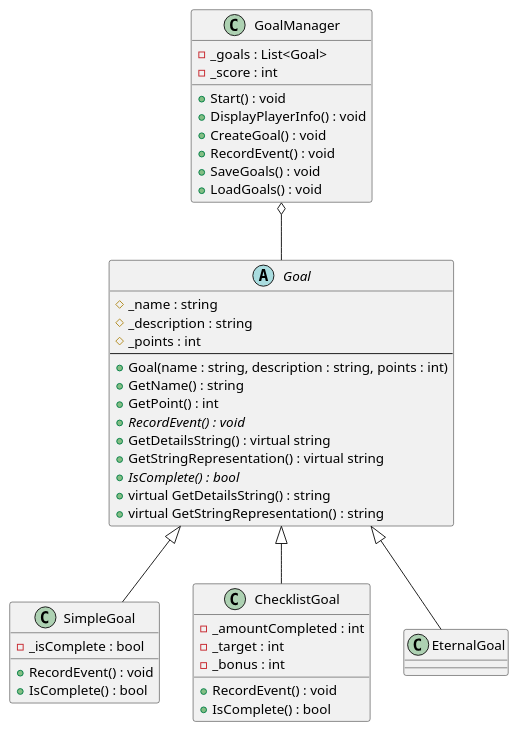
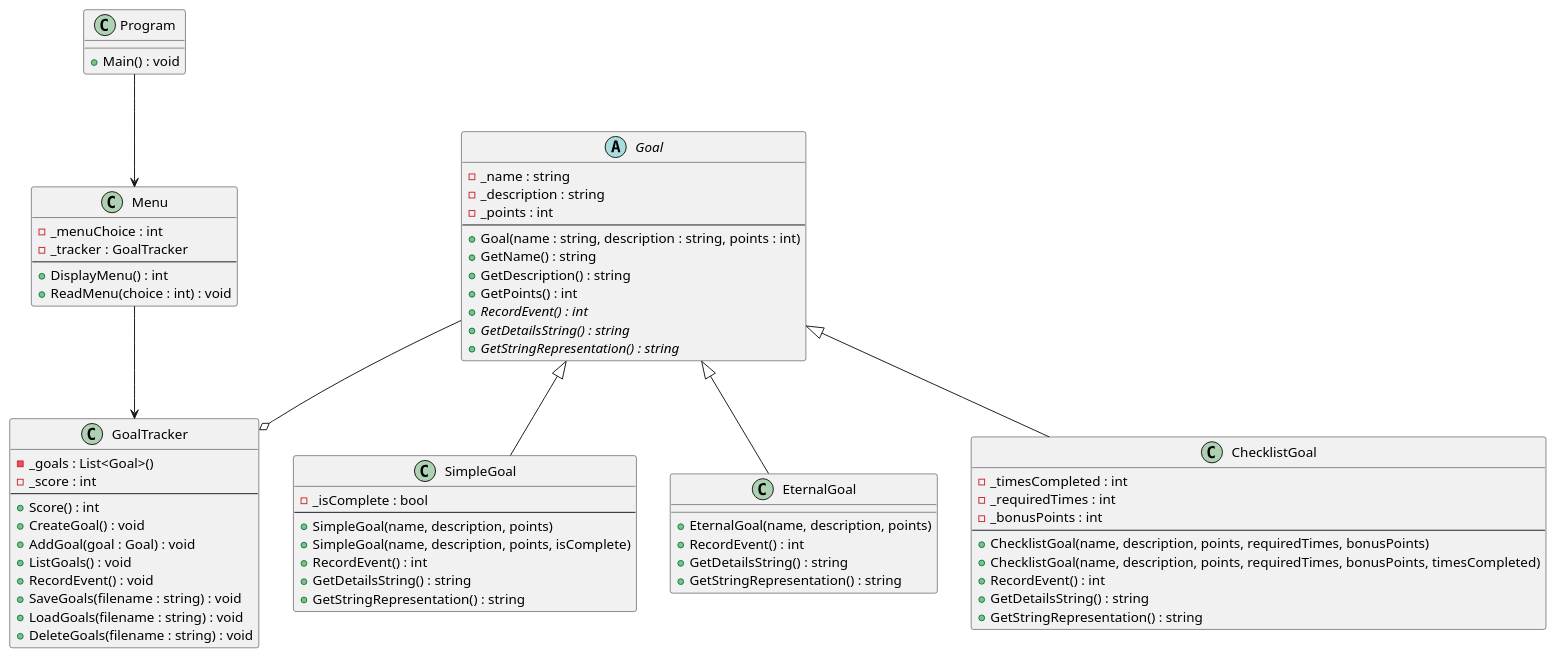
One commit to automotopia2/cse21---projects changed the diagram in prove/Develop05/D05_UML.puml. Above: the diagram before and after it, drawn with PlantUML. The commit also changed 1 other file, not shown here.

```diff
--- a/prove/Develop05/D05_UML.puml
+++ b/prove/Develop05/D05_UML.puml
@@ -1,47 +1,81 @@
 @startuml
+
+
+class Program 
+{
+  + Main() : void
+}
+
+class Menu 
+{
+    -_menuChoice : int
+    –_tracker : GoalTracker
+    --
+    + DisplayMenu() : int
+    + ReadMenu(choice : int) : void
+}
+
 abstract class Goal {
-  # _name : string
-  # _description : string
-  # _points : int
-  --
-  + Goal(name : string, description : string, points : int)
-  + GetName() : string
-  + GetPoint() : int
-  + {abstract} RecordEvent() : void
-  + GetDetailsString() : virtual string
-  + GetStringRepresentation() : virtual string
-  + {abstract} IsComplete() : bool
-  + virtual GetDetailsString() : string
-  + virtual GetStringRepresentation() : string
+    - _name : string
+    - _description : string
+    - _points : int
+    --
+    + Goal(name : string, description : string, points : int)
+    + GetName() : string
+    + GetDescription() : string
+    + GetPoints() : int
+    + {abstract} RecordEvent() : int
+    + {abstract} GetDetailsString() : string
+    + {abstract} GetStringRepresentation() : string
 }
 
 class SimpleGoal {
-  - _isComplete : bool
-  + RecordEvent() : void
-  + IsComplete() : bool
+    - _isComplete : bool
+    --
+    + SimpleGoal(name, description, points)
+    + SimpleGoal(name, description, points, isComplete)
+    + RecordEvent() : int
+    + GetDetailsString() : string
+    + GetStringRepresentation() : string
+}
+
+class EternalGoal {
+    + EternalGoal(name, description, points)
+    + RecordEvent() : int
+    + GetDetailsString() : string
+    + GetStringRepresentation() : string
 }
 
 class ChecklistGoal {
-  - _amountCompleted : int
-  - _target : int
-  - _bonus : int
-  + RecordEvent() : void
-  + IsComplete() : bool
+    - _timesCompleted : int
+    - _requiredTimes : int
+    - _bonusPoints : int
+    --
+    + ChecklistGoal(name, description, points, requiredTimes, bonusPoints)
+    + ChecklistGoal(name, description, points, requiredTimes, bonusPoints, timesCompleted)
+    + RecordEvent() : int
+    + GetDetailsString() : string
+    + GetStringRepresentation() : string
 }
 
-class GoalManager {
-  - _goals : List<Goal>
-  - _score : int
-  + Start() : void
-  + DisplayPlayerInfo() : void
-  + CreateGoal() : void
-  + RecordEvent() : void
-  + SaveGoals() : void
-  + LoadGoals() : void
+class GoalTracker{
+    -_goals : List<Goal>()
+    -_score : int
+    --
+    + Score() : int
+    + CreateGoal() : void
+    + AddGoal(goal : Goal) : void
+    + ListGoals() : void
+    + RecordEvent() : void
+    + SaveGoals(filename : string) : void
+    + LoadGoals(filename : string) : void
+    + DeleteGoals(filename : string) : void
 }
 
 Goal <|-- SimpleGoal
 Goal <|-- EternalGoal
 Goal <|-- ChecklistGoal
-GoalManager o-- Goal
+Goal --o GoalTracker
+Program --> Menu
+Menu --> GoalTracker
 @enduml
```
